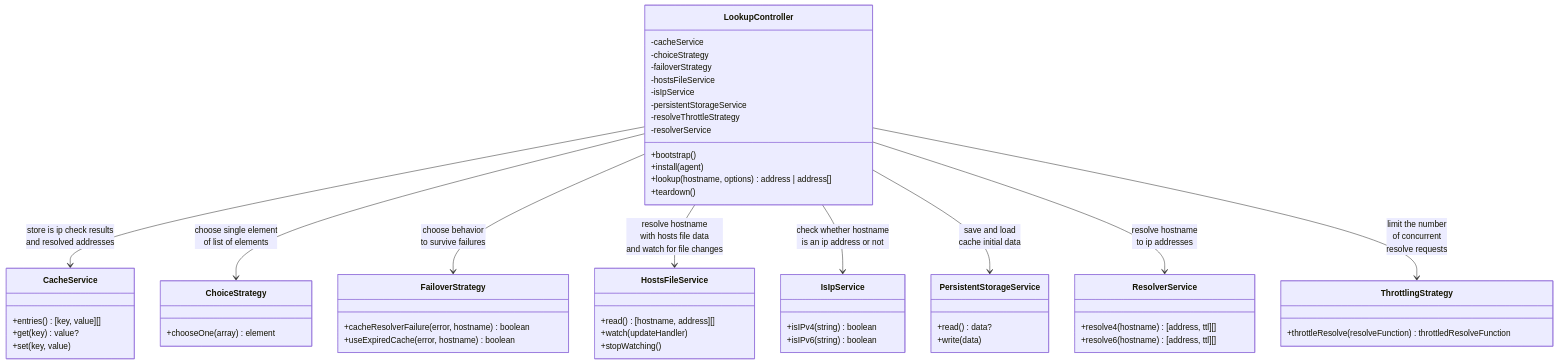
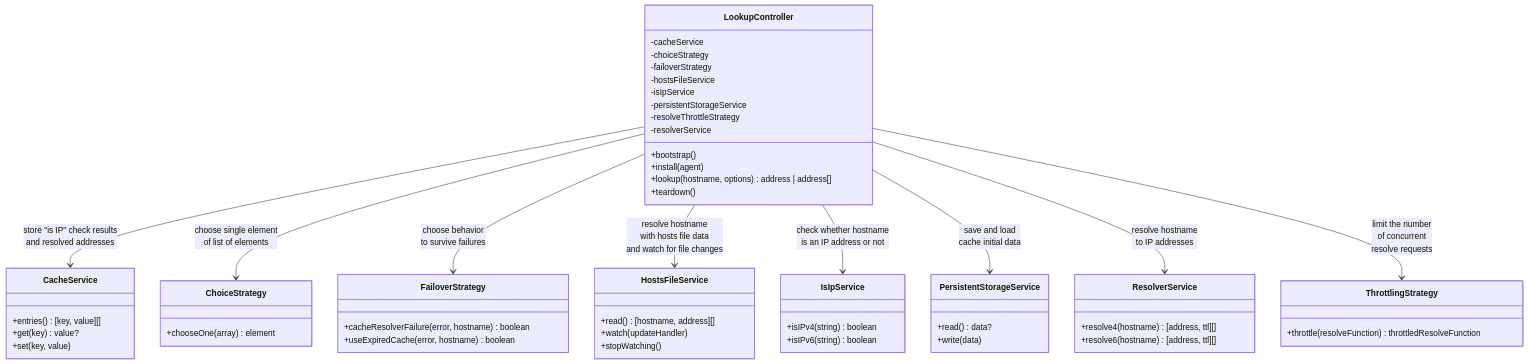
One commit to sempasha/super-dns-lookup changed the diagram in README.md. Above: the diagram before and after it, drawn with Mermaid. The commit also changed other lines of this file and 52 other files, not shown here.

Commit message:
test: 🧪 Add tests of `LRUCacheService`, `RoundRobinChoiceStrategy`, `NodeIsIpService`, `NodeResolverService`, `UniversalFailoverStrategy, `UniversalHostsFileService` and `UniversalThrottlingStrategy`

````diff
--- a/README.md
+++ b/README.md
@@ -137,68 +137,68 @@
 ```mermaid
 classDiagram
 
 class CacheService {
   +entries() [key, value][]
   +get(key) value?
   +set(key, value)
 }
 
 class ChoiceStrategy {
   +chooseOne(array) element
 }
 
 class FailoverStrategy {
   +cacheResolverFailure(error, hostname) boolean
   +useExpiredCache(error, hostname) boolean
 }
 
 class HostsFileService {
   +read() [hostname, address][]
   +watch(updateHandler)
   +stopWatching()
 }
 
 class IsIpService {
   +isIPv4(string) boolean
   +isIPv6(string) boolean
 }
 
 class PersistentStorageService {
   +read() data?
   +write(data)
 }
 
 class ResolverService {
   +resolve4(hostname) [address, ttl][]
   +resolve6(hostname) [address, ttl][]
 }
 
 class ThrottlingStrategy {
-  +throttleResolve(resolveFunction) throttledResolveFunction
+  +throttle(resolveFunction) throttledResolveFunction
 }
 
 class LookupController {
   -cacheService
   -choiceStrategy
   -failoverStrategy
   -hostsFileService
   -isIpService
   -persistentStorageService
   -resolveThrottleStrategy
   -resolverService
 
   +bootstrap()
   +install(agent)
   +lookup(hostname, options) address | address[]
   +teardown()
 }
 
-LookupController --> CacheService : store is ip check results<br />and resolved addresses
+LookupController --> CacheService : store "is IP" check results<br />and resolved addresses
 LookupController --> ChoiceStrategy : choose single element<br />of list of elements
 LookupController --> FailoverStrategy : choose behavior<br />to survive failures
 LookupController --> HostsFileService : resolve hostname<br />with hosts file data<br />and watch for file changes
-LookupController --> IsIpService : check whether hostname<br />is an ip address or not
+LookupController --> IsIpService : check whether hostname<br />is an IP address or not
 LookupController --> PersistentStorageService : save and load<br />cache initial data
-LookupController --> ResolverService : resolve hostname<br />to ip addresses
+LookupController --> ResolverService : resolve hostname<br />to IP addresses
 LookupController --> ThrottlingStrategy : limit the number<br />of concurrent<br />resolve requests
 ```
````
